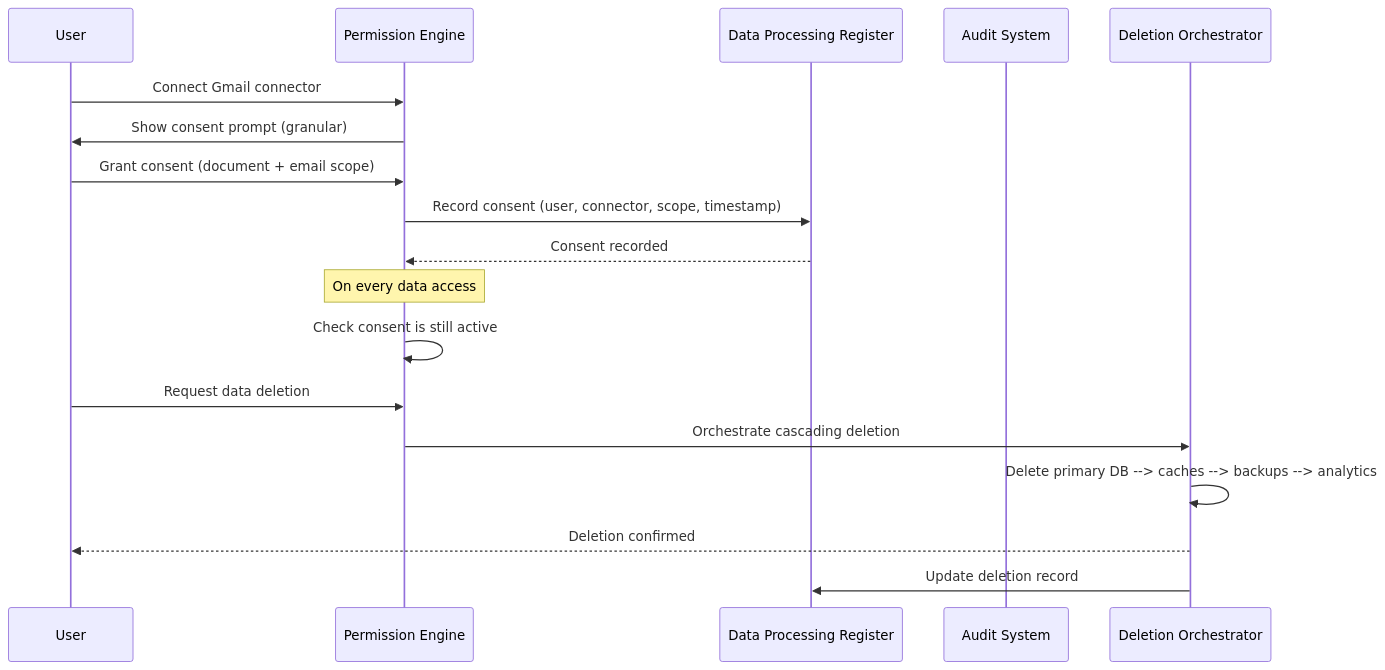
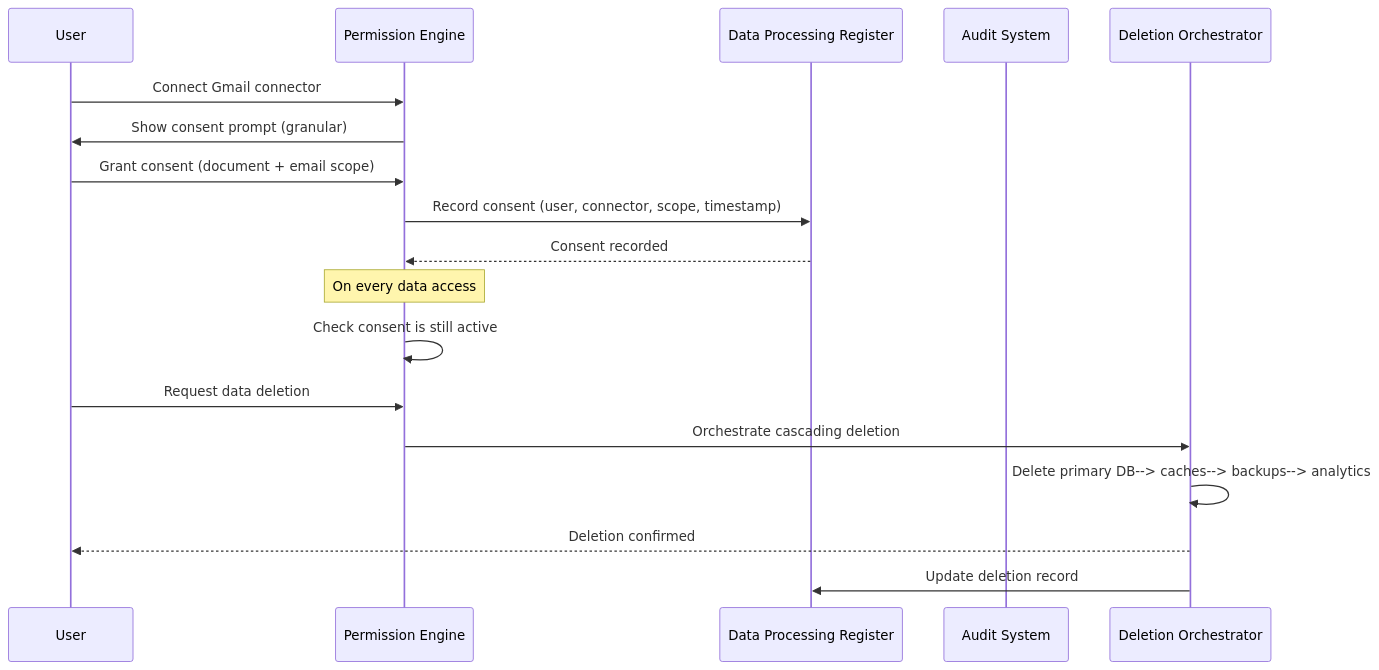
One commit to Driftloom/Vaeloom changed the second of 2 diagrams in docs/security/Compliance.md. Above: the diagram before and after it, drawn with Mermaid. The commit also changed other lines of this file and 694 other files, not shown here.

First line of the commit message:
docs: mermaid standardization — encoding/mermaid/duplicate cleanup

````diff
--- a/docs/security/Compliance.md
+++ b/docs/security/Compliance.md
@@ -217,23 +217,23 @@
 ```mermaid
 sequenceDiagram
-    participant U as User
-    participant PS as Permission Engine
-    participant REG as Data Processing Register
-    participant AUD as Audit System
-    participant DEL as Deletion Orchestrator
+ participant U as User
+ participant PS as Permission Engine
+ participant REG as Data Processing Register
+ participant AUD as Audit System
+ participant DEL as Deletion Orchestrator
 
-    U->>PS: Connect Gmail connector
-    PS->>U: Show consent prompt (granular)
-    U->>PS: Grant consent (document + email scope)
-    PS->>REG: Record consent (user, connector, scope, timestamp)
-    REG-->>PS: Consent recorded
-    
-    Note over PS: On every data access
-    PS->>PS: Check consent is still active
-    
-    U->>PS: Request data deletion
-    PS->>DEL: Orchestrate cascading deletion
-    DEL->>DEL: Delete primary DB --> caches --> backups --> analytics
-    DEL-->>U: Deletion confirmed
-    DEL->>REG: Update deletion record
+ U->>PS: Connect Gmail connector
+ PS->>U: Show consent prompt (granular)
+ U->>PS: Grant consent (document + email scope)
+ PS->>REG: Record consent (user, connector, scope, timestamp)
+ REG-->>PS: Consent recorded
+ 
+ Note over PS: On every data access
+ PS->>PS: Check consent is still active
+ 
+ U->>PS: Request data deletion
+ PS->>DEL: Orchestrate cascading deletion
+ DEL->>DEL: Delete primary DB--> caches--> backups--> analytics
+ DEL-->>U: Deletion confirmed
+ DEL->>REG: Update deletion record
 ```
````
